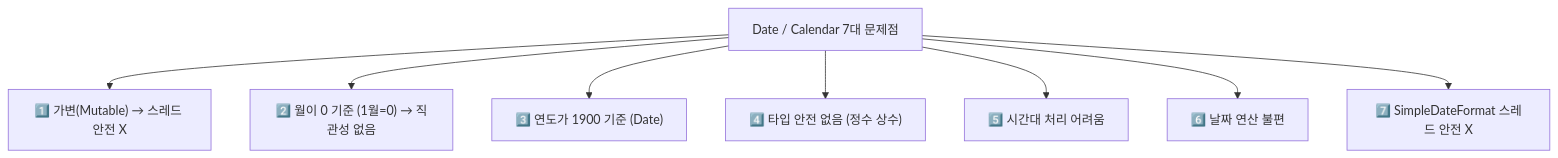
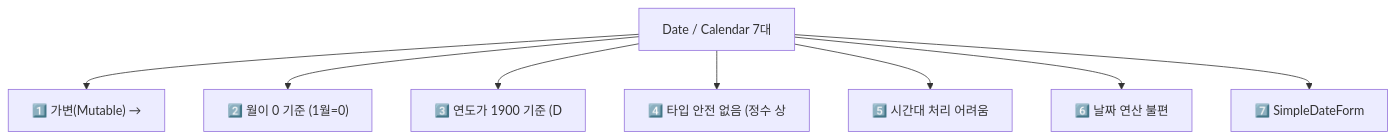
Before and after one commit to yjkim2015/yjkim2015.github.io: the first of 5 diagrams in _posts/java/2026-05-01-java-datetime.md, drawn with Mermaid. The commit also changed other lines of this file and 271 other files, not shown here.

First line of the commit message:
Mermaid 라벨 축소: 긴 노드 텍스트 18자 이하로 트림 + \n 제거

````diff
--- a/_posts/java/2026-05-01-java-datetime.md
+++ b/_posts/java/2026-05-01-java-datetime.md
@@ -57,10 +57,10 @@
 ```mermaid
 graph TD
-    A["Date / Calendar 7대 문제점"] --> B["1️⃣ 가변(Mutable) → 스레드 안전 X"]
-    A --> C["2️⃣ 월이 0 기준 (1월=0) → 직관성 없음"]
-    A --> D["3️⃣ 연도가 1900 기준 (Date)"]
-    A --> E["4️⃣ 타입 안전 없음 (정수 상수)"]
+    A["Date / Calendar 7대"] --> B["1️⃣ 가변(Mutable) →"]
+    A --> C["2️⃣ 월이 0 기준 (1월=0)"]
+    A --> D["3️⃣ 연도가 1900 기준 (D"]
+    A --> E["4️⃣ 타입 안전 없음 (정수 상"]
     A --> F["5️⃣ 시간대 처리 어려움"]
     A --> G["6️⃣ 날짜 연산 불편"]
-    A --> H["7️⃣ SimpleDateFormat 스레드 안전 X"]
+    A --> H["7️⃣ SimpleDateForm"]
 ```
````
